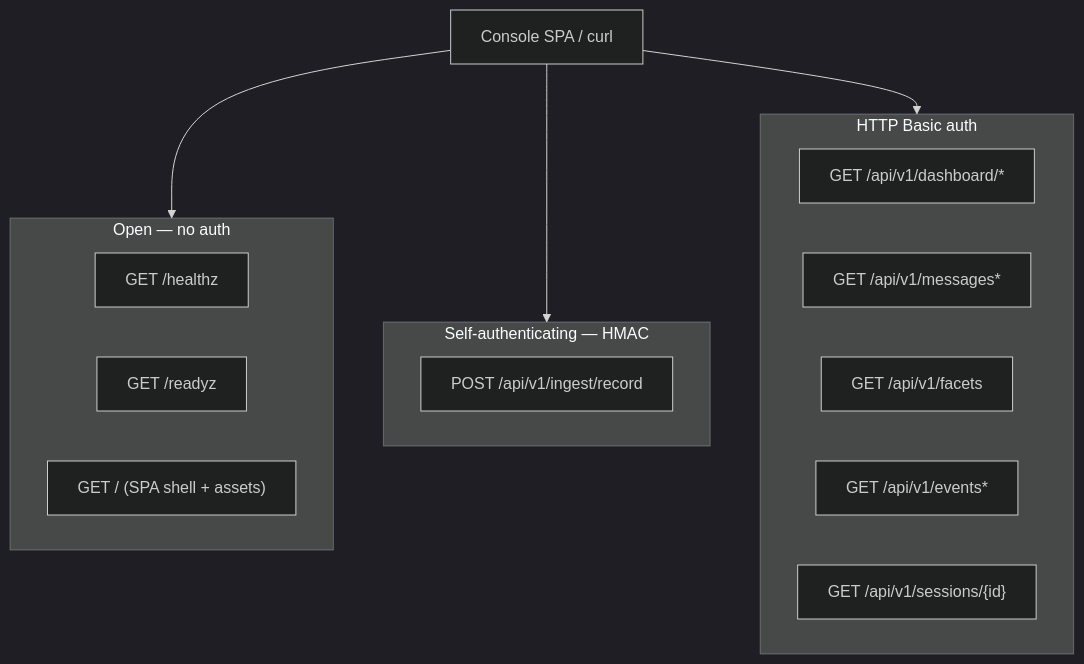
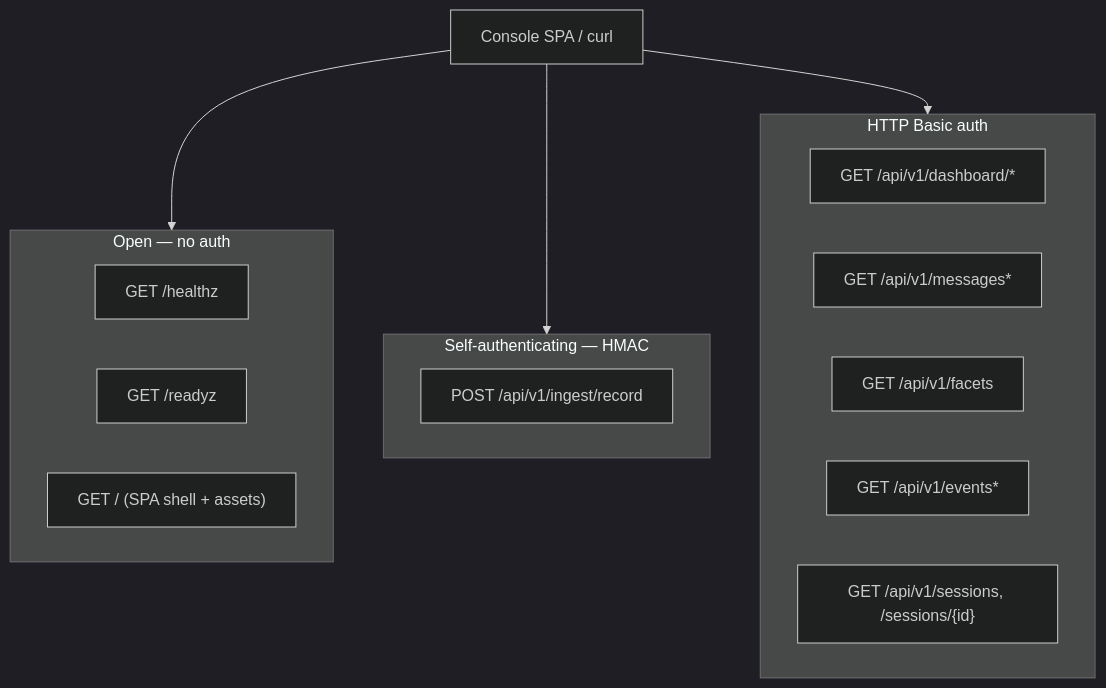
Before and after one commit to andyjmorgan/slipspace-gateway: the diagram in docs/telemetry-service-api.md, drawn with Mermaid (dark theme). The commit also changed other lines of this file and 9 other files, not shown here.

````diff
--- a/docs/telemetry-service-api.md
+++ b/docs/telemetry-service-api.md
@@ -23,22 +23,22 @@
 ```mermaid
 flowchart TD
   client[Console SPA / curl]
   subgraph open[Open — no auth]
     health["GET /healthz"]
     ready["GET /readyz"]
     spa["GET / (SPA shell + assets)"]
   end
   subgraph hmac[Self-authenticating — HMAC]
     ingest["POST /api/v1/ingest/record"]
   end
   subgraph gated[HTTP Basic auth]
     dash["GET /api/v1/dashboard/*"]
     msgs["GET /api/v1/messages*"]
     facets["GET /api/v1/facets"]
     events["GET /api/v1/events*"]
-    sessions["GET /api/v1/sessions/{id}"]
+    sessions["GET /api/v1/sessions, /sessions/{id}"]
   end
   client --> open
   client --> hmac
   client --> gated
 ```
````
